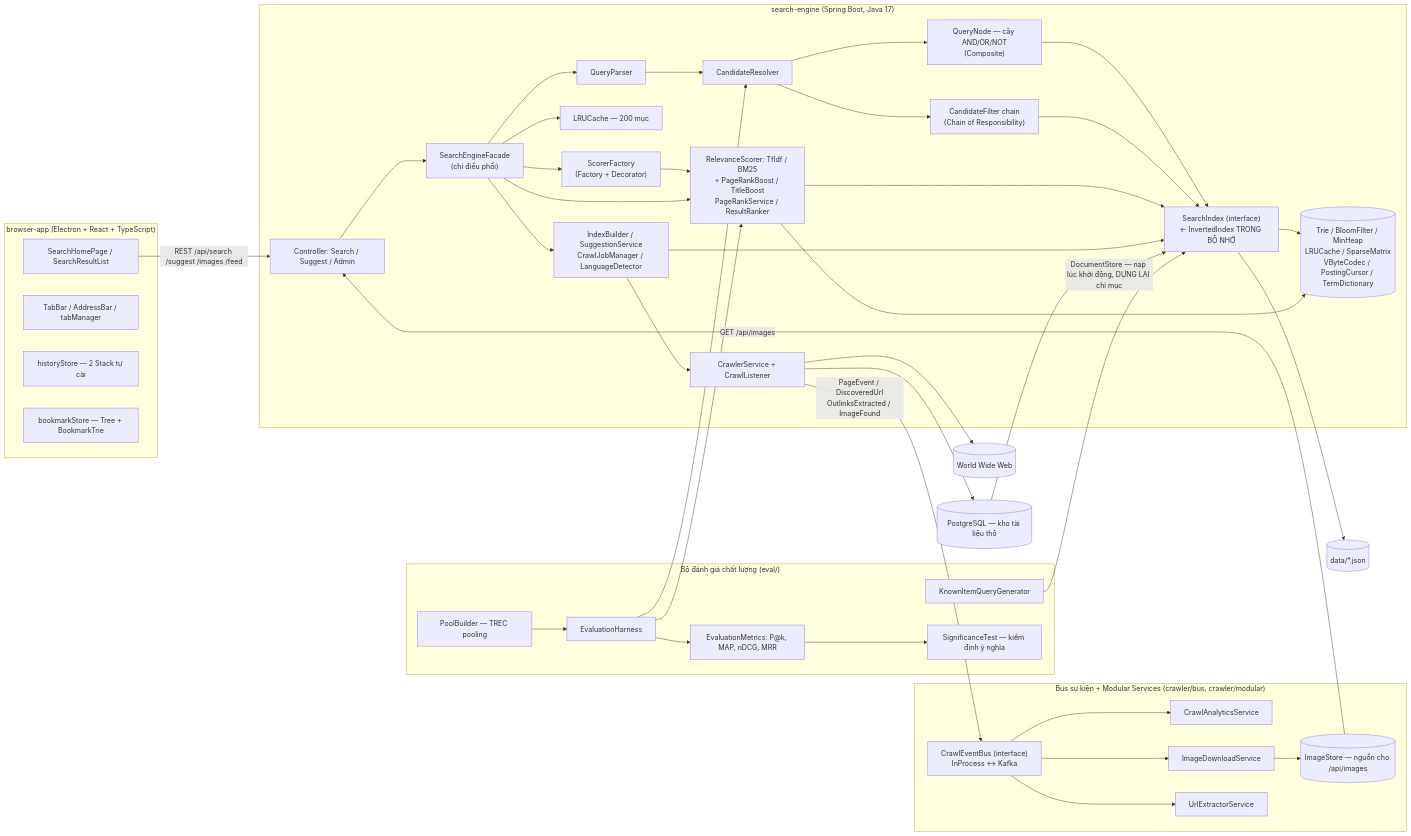
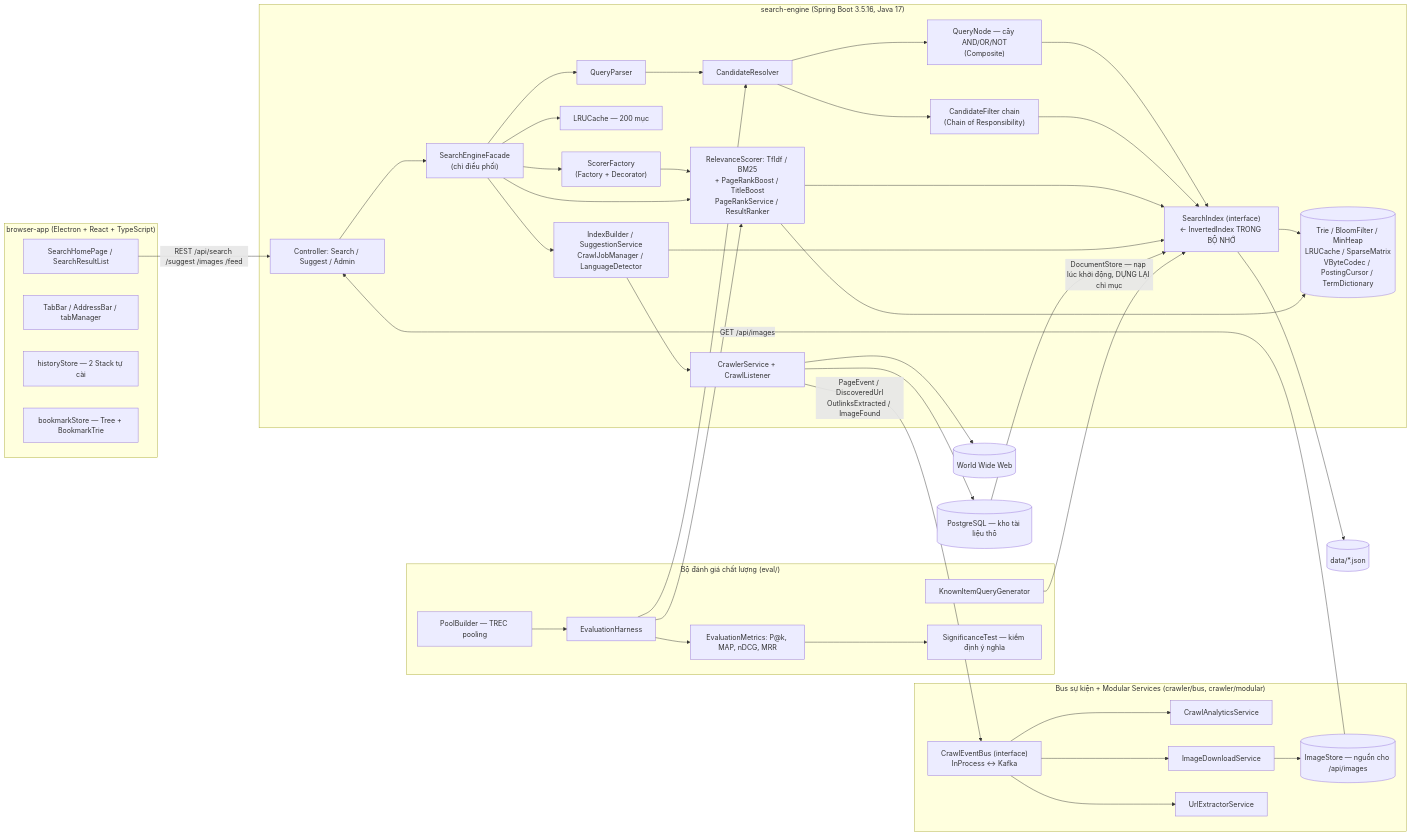
One commit to KietAnhCS/CocCoc-Plus changed the first of 7 diagrams in docs/ARCHITECTURE.md. Above: the diagram before and after it, drawn with Mermaid. The commit also changed 3 other files, not shown here.

````diff
--- a/docs/ARCHITECTURE.md
+++ b/docs/ARCHITECTURE.md
@@ -52,80 +52,80 @@
 ```mermaid
 flowchart LR
     subgraph Electron["browser-app (Electron + React + TypeScript)"]
         UI[SearchHomePage / SearchResultList]
         Tabs[TabBar / AddressBar / tabManager]
         Hist["historyStore — 2 Stack tự cài"]
         Bkm["bookmarkStore — Tree + BookmarkTrie"]
     end
 
-    subgraph Backend["search-engine (Spring Boot, Java 17)"]
+    subgraph Backend["search-engine (Spring Boot 3.5.16, Java 17)"]
         Ctl["Controller: Search / Suggest / Admin"]
         Facade["SearchEngineFacade<br/>(chỉ điều phối)"]
         Svc["IndexBuilder / SuggestionService<br/>CrawlJobManager / LanguageDetector"]
         Cache["LRUCache — 200 mục"]
         Crawl["CrawlerService + CrawlListener"]
         QP[QueryParser]
         Ast["QueryNode — cây AND/OR/NOT<br/>(Composite)"]
         Filt["CandidateFilter chain<br/>(Chain of Responsibility)"]
         Resolve[CandidateResolver]
         Idx["SearchIndex (interface)<br/>← InvertedIndex TRONG BỘ NHỚ"]
         Fact["ScorerFactory<br/>(Factory + Decorator)"]
         Rank["RelevanceScorer: TfIdf / BM25<br/>+ PageRankBoost / TitleBoost<br/>PageRankService / ResultRanker"]
         DS[("Trie / BloomFilter / MinHeap<br/>LRUCache / SparseMatrix<br/>VByteCodec / PostingCursor / TermDictionary")]
     end
 
     subgraph Bus["Bus sự kiện + Modular Services (crawler/bus, crawler/modular)"]
         EB["CrawlEventBus (interface)<br/>InProcess ↔ Kafka"]
         MS1[CrawlAnalyticsService]
         MS2[ImageDownloadService]
         MS3[UrlExtractorService]
         IS[("ImageStore — nguồn cho /api/images")]
     end
 
     subgraph Eval["Bộ đánh giá chất lượng (eval/)"]
         Harness[EvaluationHarness]
         Metrics["EvaluationMetrics: P@k, MAP, nDCG, MRR"]
         Known[KnownItemQueryGenerator]
         Pool["PoolBuilder — TREC pooling"]
         Sig["SignificanceTest — kiểm định ý nghĩa"]
     end
 
     Web[(World Wide Web)]
     Data[("data/*.json")]
     PG[("PostgreSQL — kho tài liệu thô")]
 
     UI -->|"REST /api/search /suggest /images /feed"| Ctl
     Ctl --> Facade
     Facade --> Cache
     Facade --> Svc
     Facade --> QP
     QP --> Resolve
     Resolve --> Ast
     Resolve --> Filt
     Ast --> Idx
     Filt --> Idx
     Facade --> Fact
     Fact --> Rank
     Facade --> Rank
     Rank --> Idx
     Idx --> DS
     Rank --> DS
     Svc --> Crawl
     Crawl --> Web
     Svc --> Idx
     Idx --> Data
     Crawl --> PG
     PG -->|"DocumentStore — nạp lúc khởi động, DỰNG LẠI chỉ mục"| Idx
     Crawl -->|"PageEvent / DiscoveredUrl<br/>OutlinksExtracted / ImageFound"| EB
     EB --> MS1
     EB --> MS2
     EB --> MS3
     MS2 --> IS
     IS -->|"GET /api/images"| Ctl
     Known --> Idx
     Harness --> Resolve
     Harness --> Rank
     Harness --> Metrics
     Metrics --> Sig
     Pool --> Harness
 ```
````
